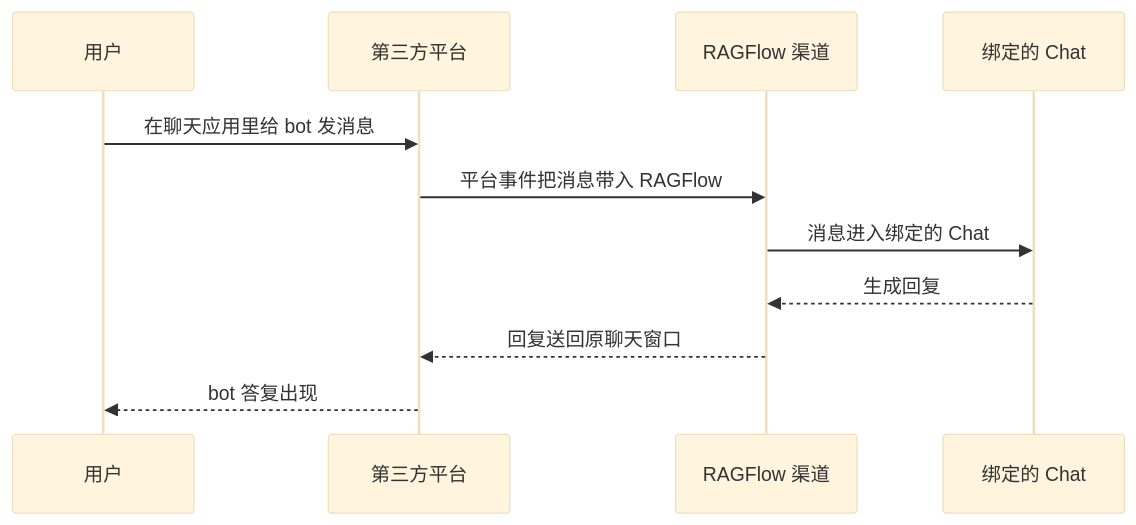
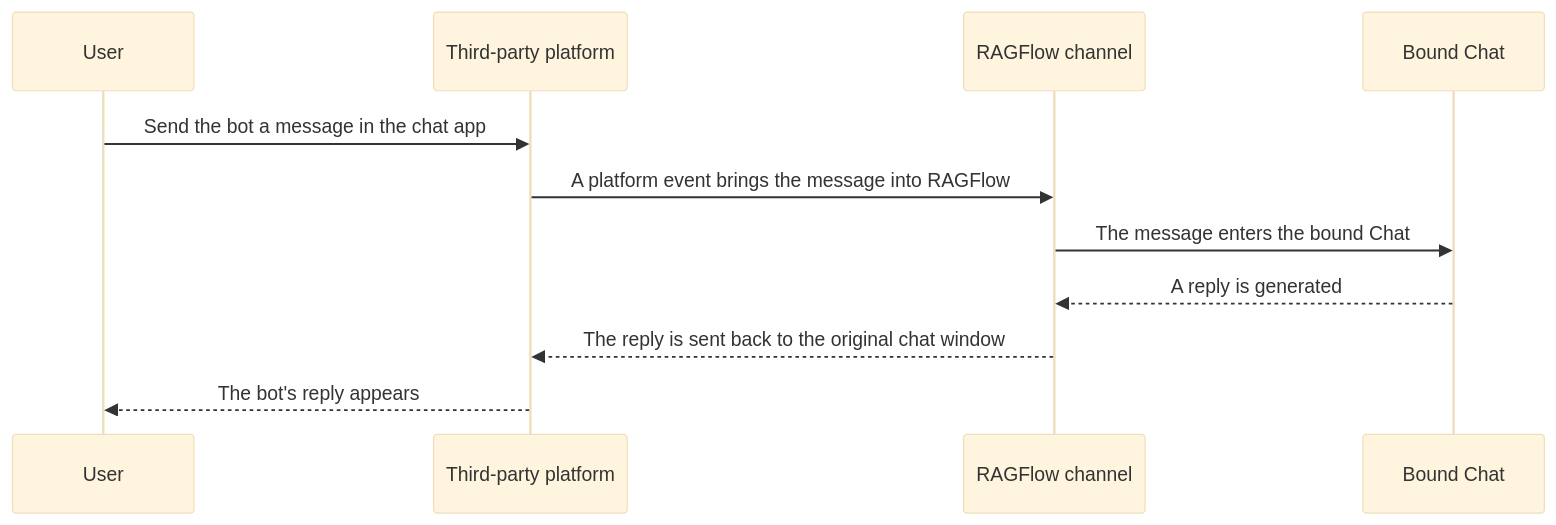
The second of 2 diagrams in books/ragflow/en/chapters/09-search-channels.md (ybak/ai-tutorial), drawn with Mermaid (base theme) before and after one commit. The commit also changed other lines of this file and 16 other files, not shown here.

First line of the commit message:
docs(ragflow): 按审阅改英文图、注释和正文

````diff
--- a/books/ragflow/en/chapters/09-search-channels.md
+++ b/books/ragflow/en/chapters/09-search-channels.md
@@ -160,13 +160,13 @@
 ```mermaid
 sequenceDiagram
-    participant U as 用户
-    participant P as 第三方平台
-    participant C as RAGFlow 渠道
-    participant A as 绑定的 Chat
-    U->>P: 在聊天应用里给 bot 发消息
-    P->>C: 平台事件把消息带入 RAGFlow
-    C->>A: 消息进入绑定的 Chat
-    A-->>C: 生成回复
-    C-->>P: 回复送回原聊天窗口
-    P-->>U: bot 答复出现
+    participant U as User
+    participant P as Third-party platform
+    participant C as RAGFlow channel
+    participant A as Bound Chat
+    U->>P: Send the bot a message in the chat app
+    P->>C: A platform event brings the message into RAGFlow
+    C->>A: The message enters the bound Chat
+    A-->>C: A reply is generated
+    C-->>P: The reply is sent back to the original chat window
+    P-->>U: The bot's reply appears
 ```
````
